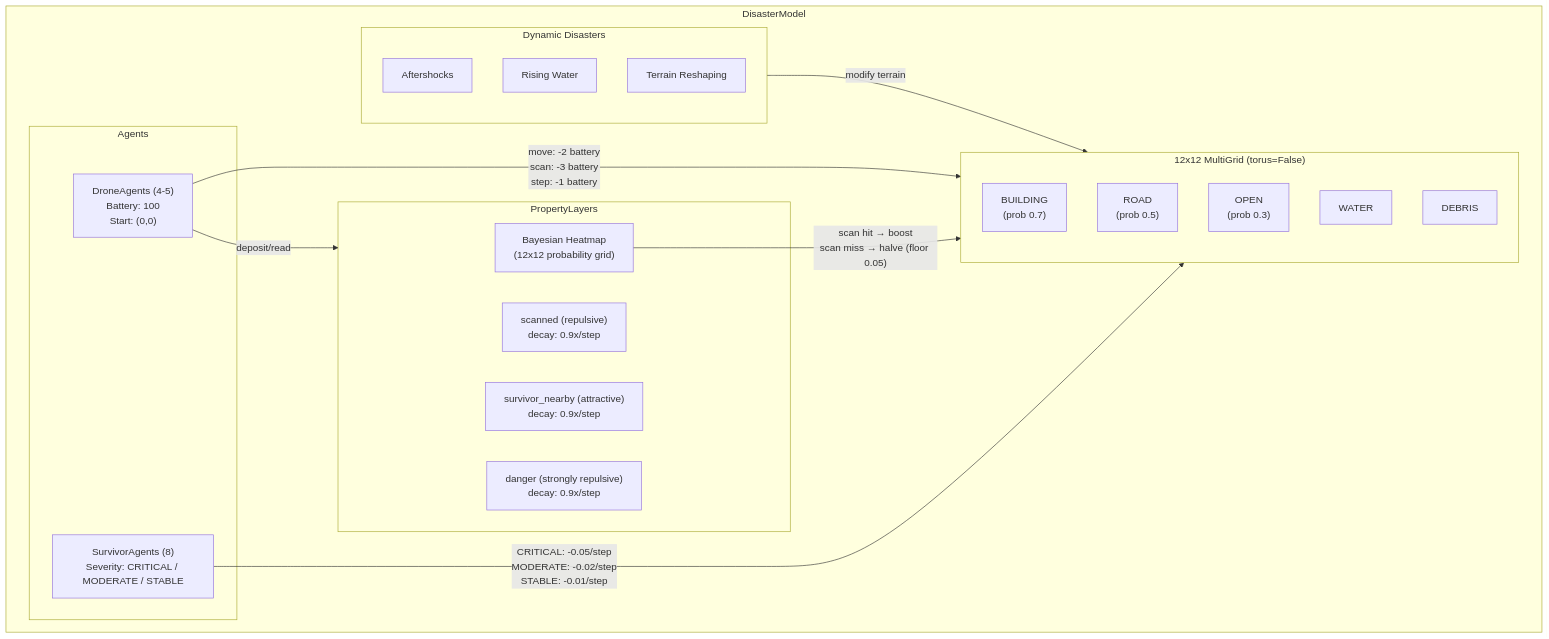
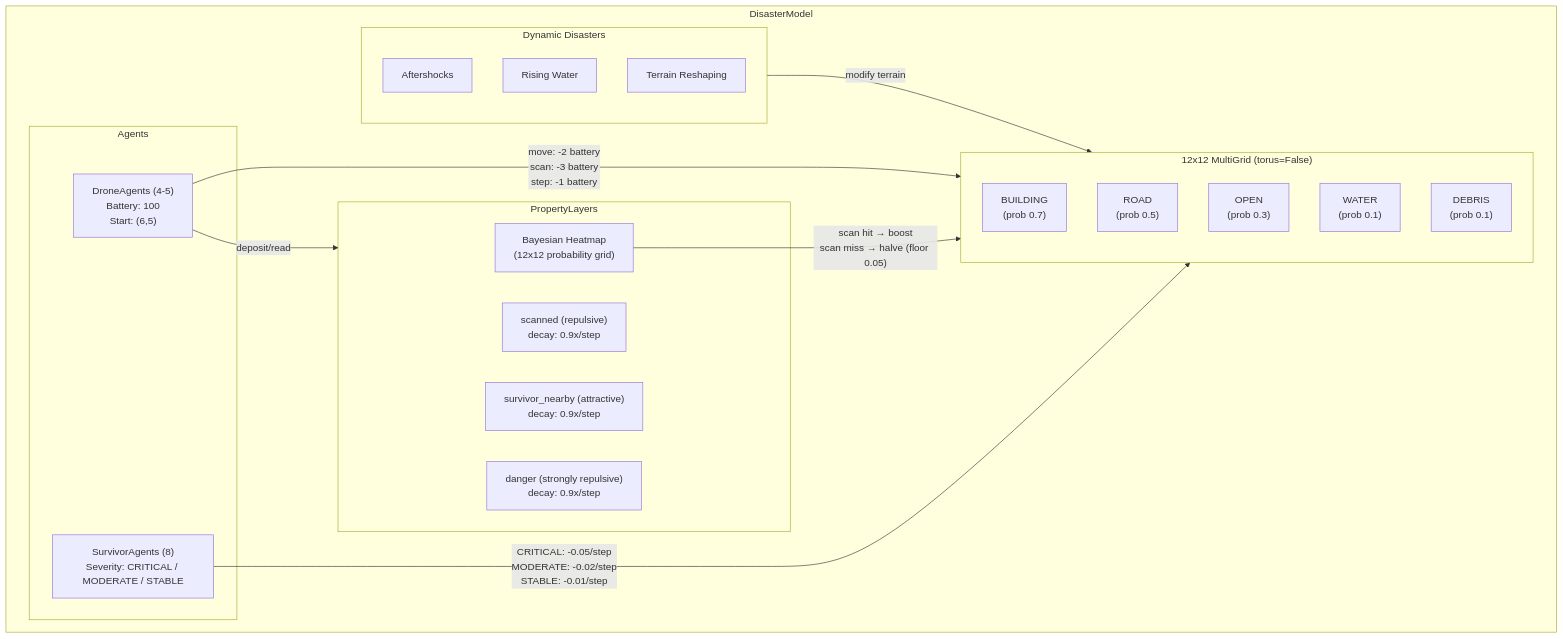
One commit to Andersonnn7788/drone-agents changed the third of 10 diagrams in architecture.md. Above: the diagram before and after it, drawn with Mermaid. The commit also changed other lines of this file and 27 other files, not shown here.

````diff
--- a/architecture.md
+++ b/architecture.md
@@ -120,36 +122,36 @@
 ```mermaid
 flowchart TB
     subgraph DM["DisasterModel"]
         subgraph Grid["12x12 MultiGrid (torus=False)"]
             BUILDING["BUILDING<br>(prob 0.7)"]
             ROAD["ROAD<br>(prob 0.5)"]
             OPEN["OPEN<br>(prob 0.3)"]
-            WATER["WATER"]
-            DEBRIS["DEBRIS"]
+            WATER["WATER<br>(prob 0.1)"]
+            DEBRIS["DEBRIS<br>(prob 0.1)"]
         end
 
         subgraph Agents_Layer["Agents"]
-            DA["DroneAgents (4-5)<br>Battery: 100<br>Start: (0,0)"]
+            DA["DroneAgents (4-5)<br>Battery: 100<br>Start: (6,5)"]
             SVA["SurvivorAgents (8)<br>Severity: CRITICAL / MODERATE / STABLE"]
         end
 
         subgraph PL["PropertyLayers"]
             BH["Bayesian Heatmap<br>(12x12 probability grid)"]
             PS["scanned (repulsive)<br>decay: 0.9x/step"]
             PN["survivor_nearby (attractive)<br>decay: 0.9x/step"]
             PD["danger (strongly repulsive)<br>decay: 0.9x/step"]
         end
 
         subgraph DD["Dynamic Disasters"]
             AQ[Aftershocks]
             RW[Rising Water]
             TRC[Terrain Reshaping]
         end
     end
 
     DA -->|"move: -2 battery<br>scan: -3 battery<br>step: -1 battery"| Grid
     SVA -->|"CRITICAL: -0.05/step<br>MODERATE: -0.02/step<br>STABLE: -0.01/step"| Grid
     DD -->|"modify terrain"| Grid
     DA -->|"deposit/read"| PL
     BH -->|"scan hit → boost<br>scan miss → halve (floor 0.05)"| Grid
 ```
````
